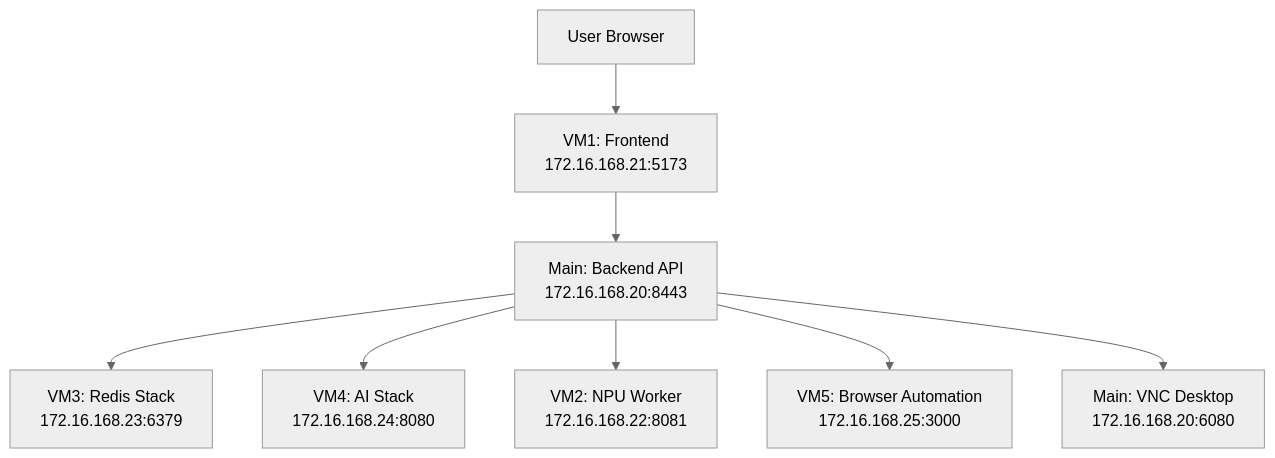
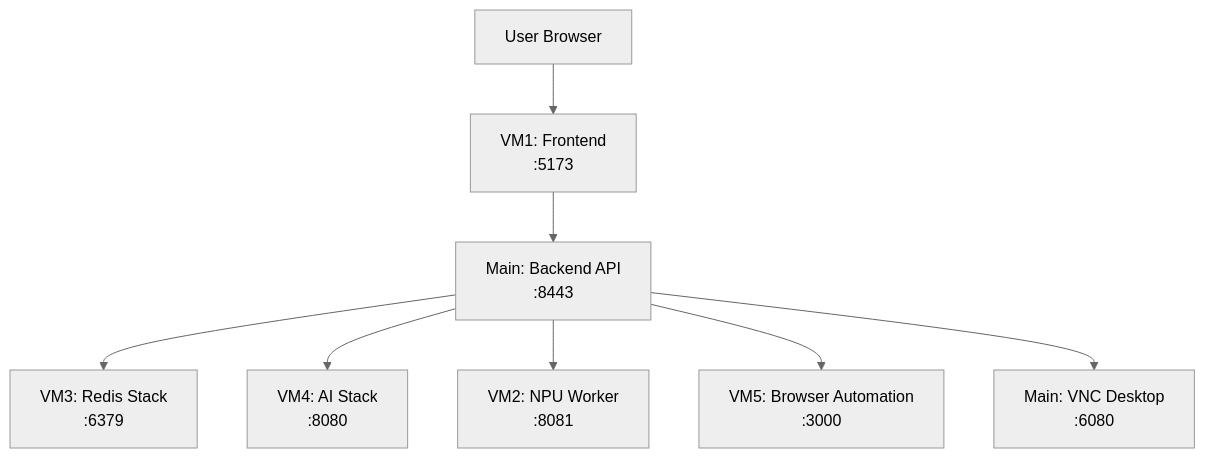
One commit to mrveiss/AutoBot-AI changed the diagram in docs/architecture/README.md. Above: the diagram before and after it, drawn with Mermaid (neutral theme). The commit also changed other lines of this file and 150 other files, not shown here.

````diff
--- a/docs/architecture/README.md
+++ b/docs/architecture/README.md
@@ -23,10 +23,10 @@
 ```mermaid
 graph TB
-    User[User Browser] --> Frontend[VM1: Frontend<br/>172.16.168.21:5173]
-    Frontend --> Backend[Main: Backend API<br/>172.16.168.20:8443]
-    Backend --> Redis[VM3: Redis Stack<br/>172.16.168.23:6379]
-    Backend --> AI[VM4: AI Stack<br/>172.16.168.24:8080]
-    Backend --> NPU[VM2: NPU Worker<br/>172.16.168.22:8081]
-    Backend --> Browser[VM5: Browser Automation<br/>172.16.168.25:3000]
-    Backend --> Desktop[Main: VNC Desktop<br/>172.16.168.20:6080]
+    User[User Browser] --> Frontend[VM1: Frontend<br/><frontend-ip>:5173]
+    Frontend --> Backend[Main: Backend API<br/><backend-ip>:8443]
+    Backend --> Redis[VM3: Redis Stack<br/><database-ip>:6379]
+    Backend --> AI[VM4: AI Stack<br/><aiml-ip>:8080]
+    Backend --> NPU[VM2: NPU Worker<br/><npu-ip>:8081]
+    Backend --> Browser[VM5: Browser Automation<br/><browser-ip>:3000]
+    Backend --> Desktop[Main: VNC Desktop<br/><backend-ip>:6080]
 ```
````
